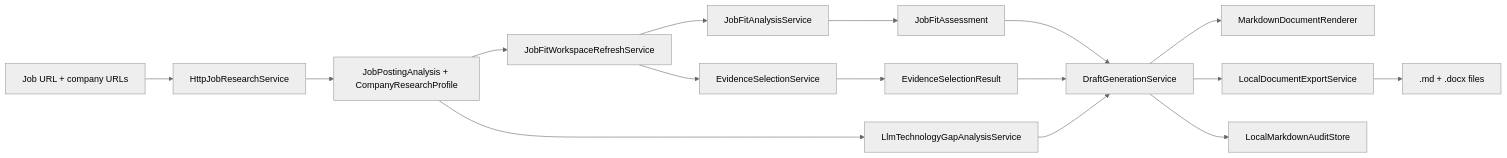
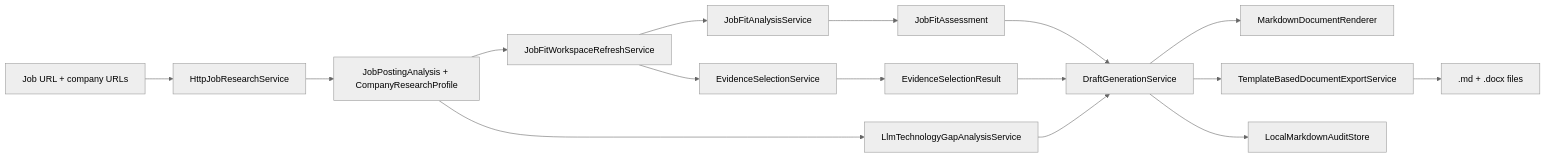
One commit to hennie42/li-jobber changed the ninth of 20 diagrams in docs/details.md. Above: the diagram before and after it, drawn with Mermaid (neutral theme). The commit also changed other lines of this file and 1 other file, not shown here.

````diff
--- a/docs/details.md
+++ b/docs/details.md
@@ -277,18 +442,18 @@
 ```mermaid
 graph LR
     A[Job URL + company URLs] --> B[HttpJobResearchService]
     B --> C[JobPostingAnalysis + CompanyResearchProfile]
     C --> D[JobFitWorkspaceRefreshService]
     D --> E[JobFitAnalysisService]
     D --> F[EvidenceSelectionService]
     C --> G[LlmTechnologyGapAnalysisService]
     E --> H[JobFitAssessment]
     F --> I[EvidenceSelectionResult]
     H --> J[DraftGenerationService]
     I --> J
     G --> J
     J --> K[MarkdownDocumentRenderer]
-    J --> L[LocalDocumentExportService]
+    J --> L[TemplateBasedDocumentExportService]
     J --> M[LocalMarkdownAuditStore]
     L --> N[".md + .docx files"]
 ```
````
